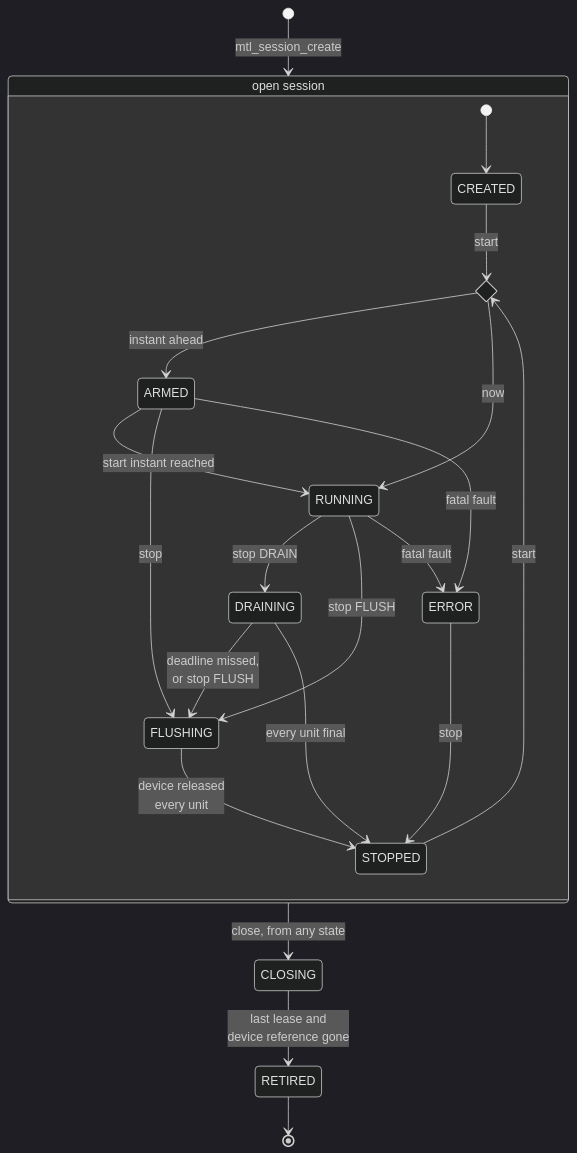
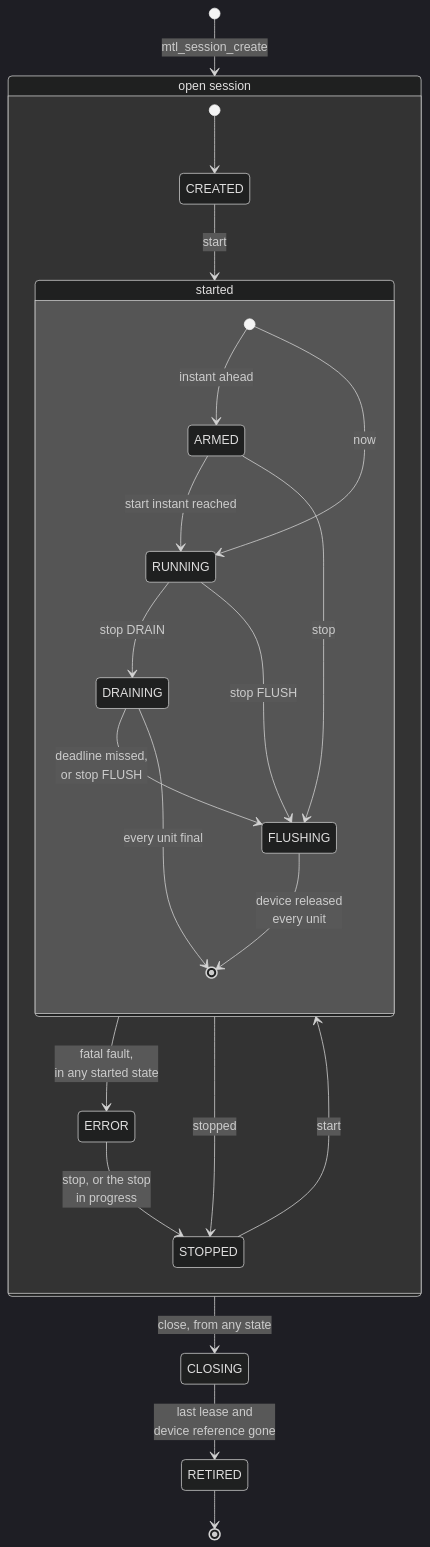
Before and after one commit to Sakoram/Media-Transport-Library: the second of 15 diagrams in doc/unified-api/contract.md, drawn with Mermaid (dark theme). The commit also changed other lines of this file and 52 other files, not shown here.

````diff
--- a/doc/unified-api/contract.md
+++ b/doc/unified-api/contract.md
@@ -839,25 +908,26 @@
 ```mermaid
 stateDiagram-v2
     state "open session" as OPEN {
-        state start <<choice>>
+        state "started" as STARTED {
+            [*] --> ARMED: instant ahead
+            [*] --> RUNNING: now
+            ARMED --> RUNNING: start instant reached
+            ARMED --> FLUSHING: stop
+            RUNNING --> DRAINING: stop DRAIN
+            RUNNING --> FLUSHING: stop FLUSH
+            DRAINING --> FLUSHING: deadline missed,<br/>or stop FLUSH
+            DRAINING --> [*]: every unit final
+            FLUSHING --> [*]: device released<br/>every unit
+        }
         [*] --> CREATED
-        CREATED --> start: start
-        STOPPED --> start: start
-        start --> ARMED: instant ahead
-        start --> RUNNING: now
-        ARMED --> RUNNING: start instant reached
-        ARMED --> FLUSHING: stop
-        ARMED --> ERROR: fatal fault
-        RUNNING --> DRAINING: stop DRAIN
-        RUNNING --> FLUSHING: stop FLUSH
-        RUNNING --> ERROR: fatal fault
-        DRAINING --> FLUSHING: deadline missed,<br/>or stop FLUSH
-        DRAINING --> STOPPED: every unit final
-        FLUSHING --> STOPPED: device released<br/>every unit
-        ERROR --> STOPPED: stop
+        CREATED --> STARTED: start
+        STOPPED --> STARTED: start
+        STARTED --> STOPPED: stopped
+        STARTED --> ERROR: fatal fault,<br/>in any started state
+        ERROR --> STOPPED: stop, or the stop<br/>in progress
     }
     [*] --> OPEN: mtl_session_create
     OPEN --> CLOSING: close, from any state
     CLOSING --> RETIRED: last lease and<br/>device reference gone
     RETIRED --> [*]
 ```
````
